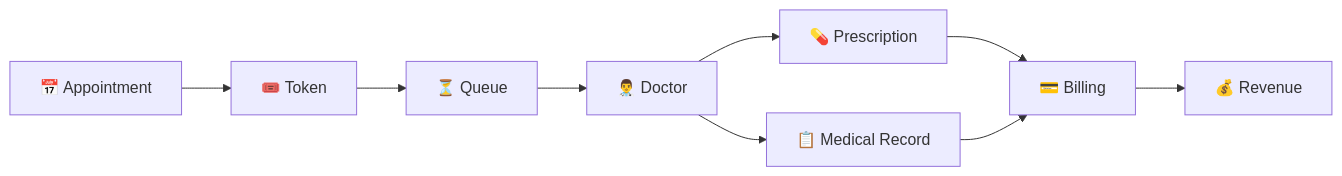
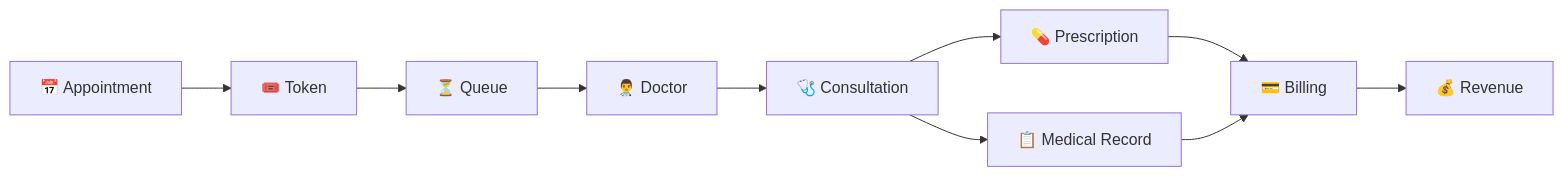
The first of 3 diagrams in README.md (sunilt808/Noq-Multi-Tenant_Hospital_Management_System), drawn with Mermaid before and after one commit. The commit also changed other lines of this file, not shown here.

````diff
--- a/README.md
+++ b/README.md
@@ -80,11 +262,23 @@
 ```mermaid
 flowchart LR
-    A[📅 Appointment] --> B[🎟️ Token]
-    B --> C[⏳ Queue]
-    C --> D[👨‍⚕️ Doctor]
-    D --> E[💊 Prescription]
-    D --> F[📋 Medical Record]
-    E --> G[💳 Billing]
-    F --> G
-    G --> H[💰 Revenue]
+
+    A["📅 Appointment"]
+    B["🎟️ Token"]
+    C["⏳ Queue"]
+    D["👨‍⚕️ Doctor"]
+    E["🩺 Consultation"]
+    F["💊 Prescription"]
+    G["📋 Medical Record"]
+    H["💳 Billing"]
+    I["💰 Revenue"]
+
+    A --> B
+    B --> C
+    C --> D
+    D --> E
+    E --> F
+    E --> G
+    F --> H
+    G --> H
+    H --> I
 ```
````
